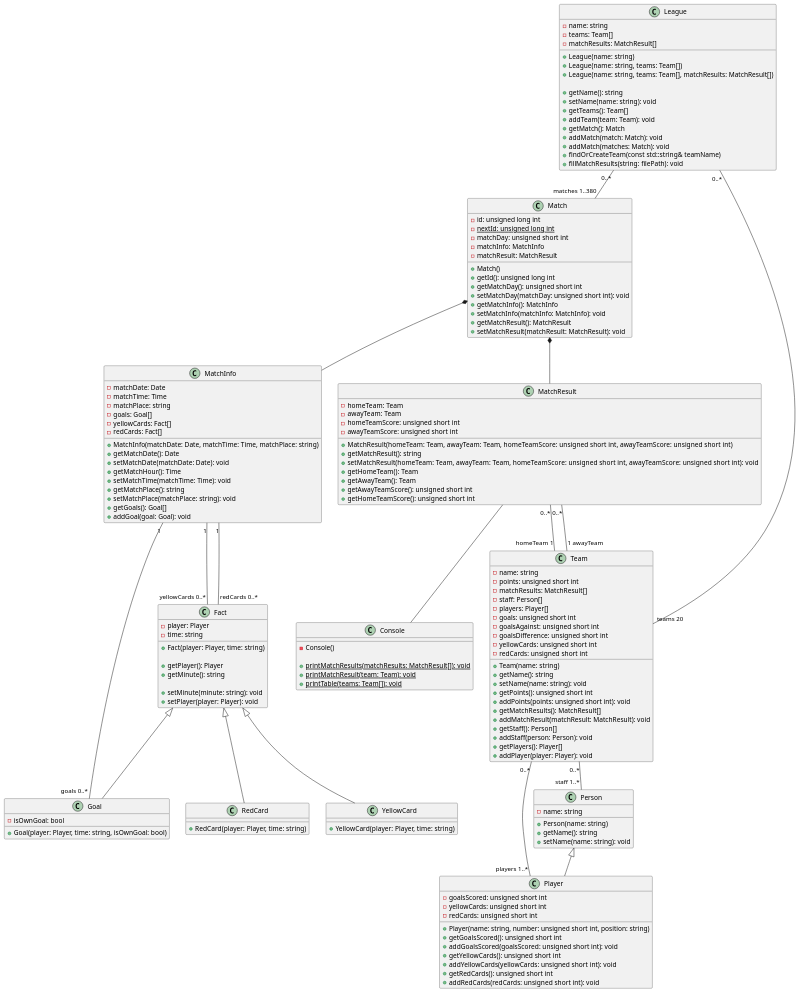
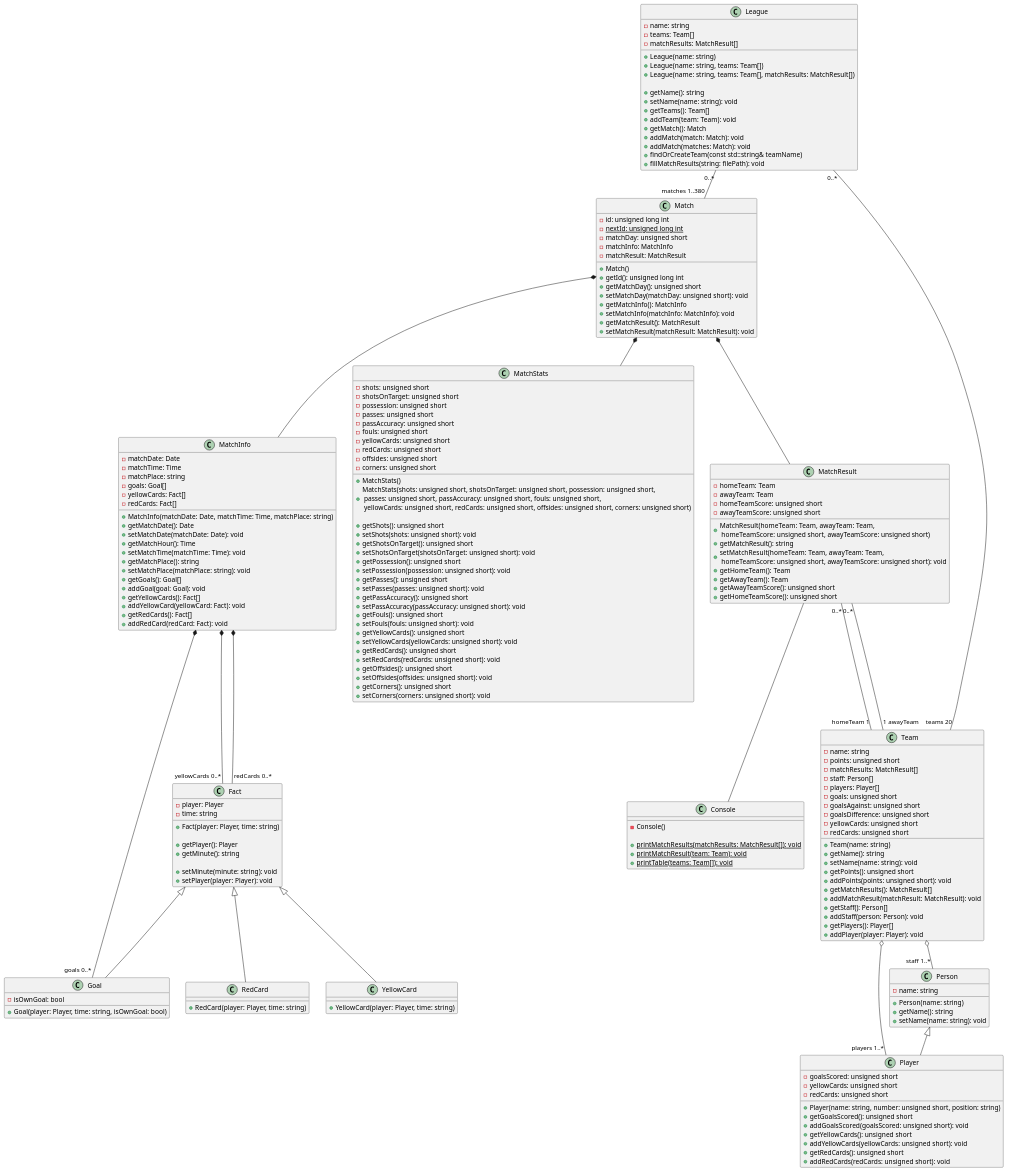
One commit to viniciusmioto/finta changed the diagram in project/init-classes.puml. Above: the diagram before and after it, drawn with PlantUML. The commit also changed 21 other files, not shown here.

```diff
--- a/project/init-classes.puml
+++ b/project/init-classes.puml
@@ -29,14 +29,14 @@
 class Match {
   - id: unsigned long int
   - {static} nextId: unsigned long int
-  - matchDay: unsigned short int
+  - matchDay: unsigned short
   - matchInfo: MatchInfo
   - matchResult: MatchResult
 
   + Match()
   + getId(): unsigned long int
-  + getMatchDay(): unsigned short int
-  + setMatchDay(matchDay: unsigned short int): void
+  + getMatchDay(): unsigned short
+  + setMatchDay(matchDay: unsigned short): void
   + getMatchInfo(): MatchInfo
   + setMatchInfo(matchInfo: MatchInfo): void
   + getMatchResult(): MatchResult
@@ -46,16 +46,16 @@
 class MatchResult {
   - homeTeam: Team
   - awayTeam: Team
-  - homeTeamScore: unsigned short int
-  - awayTeamScore: unsigned short int
+  - homeTeamScore: unsigned short
+  - awayTeamScore: unsigned short
 
-  + MatchResult(homeTeam: Team, awayTeam: Team, homeTeamScore: unsigned short int, awayTeamScore: unsigned short int)
+  + MatchResult(homeTeam: Team, awayTeam: Team, \n homeTeamScore: unsigned short, awayTeamScore: unsigned short)
   + getMatchResult(): string
-  + setMatchResult(homeTeam: Team, awayTeam: Team, homeTeamScore: unsigned short int, awayTeamScore: unsigned short int): void
+  + setMatchResult(homeTeam: Team, awayTeam: Team, \n homeTeamScore: unsigned short, awayTeamScore: unsigned short): void
   + getHomeTeam(): Team
   + getAwayTeam(): Team
-  + getAwayTeamScore(): unsigned short int
-  + getHomeTeamScore(): unsigned short int
+  + getAwayTeamScore(): unsigned short
+  + getHomeTeamScore(): unsigned short
 }
 
 Class MatchInfo {
@@ -75,25 +75,67 @@
   + setMatchPlace(matchPlace: string): void
   + getGoals(): Goal[]
   + addGoal(goal: Goal): void
+  + getYellowCards(): Fact[]
+  + addYellowCard(yellowCard: Fact): void
+  + getRedCards(): Fact[]
+  + addRedCard(redCard: Fact): void
+}
+
+Class MatchStats {
+  - shots: unsigned short
+  - shotsOnTarget: unsigned short
+  - possession: unsigned short
+  - passes: unsigned short
+  - passAccuracy: unsigned short
+  - fouls: unsigned short
+  - yellowCards: unsigned short
+  - redCards: unsigned short
+  - offsides: unsigned short
+  - corners: unsigned short
+
+  + MatchStats()
+  + MatchStats(shots: unsigned short, shotsOnTarget: unsigned short, possession: unsigned short, \n passes: unsigned short, passAccuracy: unsigned short, fouls: unsigned short, \n yellowCards: unsigned short, redCards: unsigned short, offsides: unsigned short, corners: unsigned short)
+
+  + getShots(): unsigned short
+  + setShots(shots: unsigned short): void
+  + getShotsOnTarget(): unsigned short
+  + setShotsOnTarget(shotsOnTarget: unsigned short): void
+  + getPossession(): unsigned short
+  + setPossession(possession: unsigned short): void
+  + getPasses(): unsigned short
+  + setPasses(passes: unsigned short): void
+  + getPassAccuracy(): unsigned short
+  + setPassAccuracy(passAccuracy: unsigned short): void
+  + getFouls(): unsigned short
+  + setFouls(fouls: unsigned short): void
+  + getYellowCards(): unsigned short
+  + setYellowCards(yellowCards: unsigned short): void
+  + getRedCards(): unsigned short
+  + setRedCards(redCards: unsigned short): void
+  + getOffsides(): unsigned short
+  + setOffsides(offsides: unsigned short): void
+  + getCorners(): unsigned short
+  + setCorners(corners: unsigned short): void
+
 }
 
 class Team {
   - name: string
-  - points: unsigned short int
+  - points: unsigned short
   - matchResults: MatchResult[]
   - staff: Person[]
   - players: Player[]
-  - goals: unsigned short int
-  - goalsAgainst: unsigned short int
-  - goalsDifference: unsigned short int
-  - yellowCards: unsigned short int
-  - redCards: unsigned short int
+  - goals: unsigned short
+  - goalsAgainst: unsigned short
+  - goalsDifference: unsigned short
+  - yellowCards: unsigned short
+  - redCards: unsigned short
 
   + Team(name: string)
   + getName(): string
   + setName(name: string): void
-  + getPoints(): unsigned short int
-  + addPoints(points: unsigned short int): void
+  + getPoints(): unsigned short
+  + addPoints(points: unsigned short): void
   + getMatchResults(): MatchResult[]
   + addMatchResult(matchResult: MatchResult): void
   + getStaff(): Person[]
@@ -111,17 +153,17 @@
 }
 
 class Player {
-  - goalsScored: unsigned short int
-  - yellowCards: unsigned short int
-  - redCards: unsigned short int
+  - goalsScored: unsigned short
+  - yellowCards: unsigned short
+  - redCards: unsigned short
 
-  + Player(name: string, number: unsigned short int, position: string)
-  + getGoalsScored(): unsigned short int
-  + addGoalsScored(goalsScored: unsigned short int): void
-  + getYellowCards(): unsigned short int
-  + addYellowCards(yellowCards: unsigned short int): void
-  + getRedCards(): unsigned short int
-  + addRedCards(redCards: unsigned short int): void
+  + Player(name: string, number: unsigned short, position: string)
+  + getGoalsScored(): unsigned short
+  + addGoalsScored(goalsScored: unsigned short): void
+  + getYellowCards(): unsigned short
+  + addYellowCards(yellowCards: unsigned short): void
+  + getRedCards(): unsigned short
+  + addRedCards(redCards: unsigned short): void
 }
 
 class League {
@@ -152,14 +194,14 @@
   + {static} printTable(teams: Team[]): void
 }
 
-MatchInfo "1" -- "goals 0..*" Goal
-MatchInfo "1" -- "yellowCards 0..*" Fact
-MatchInfo "1" -- "redCards 0..*" Fact
+MatchInfo *-- "goals 0..*" Goal
+MatchInfo *-- "yellowCards 0..*" Fact
+MatchInfo *-- "redCards 0..*" Fact
 
 MatchResult "0..*" -- "homeTeam 1" Team
 MatchResult "0..*" -- "1 awayTeam" Team
-Team "0..*" -- "staff 1..*" Person
-Team "0..*" -- "players 1..*" Player
+Team o-- "staff 1..*" Person
+Team  o-- "players 1..*" Player
 League "0..*" -- "teams 20" Team
 League "0..*" -- "matches 1..380" Match
 
@@ -170,6 +212,7 @@
 
 Match *-- MatchResult
 Match *-- MatchInfo
+Match *-- MatchStats
 
 MatchResult -- Console
 
```
